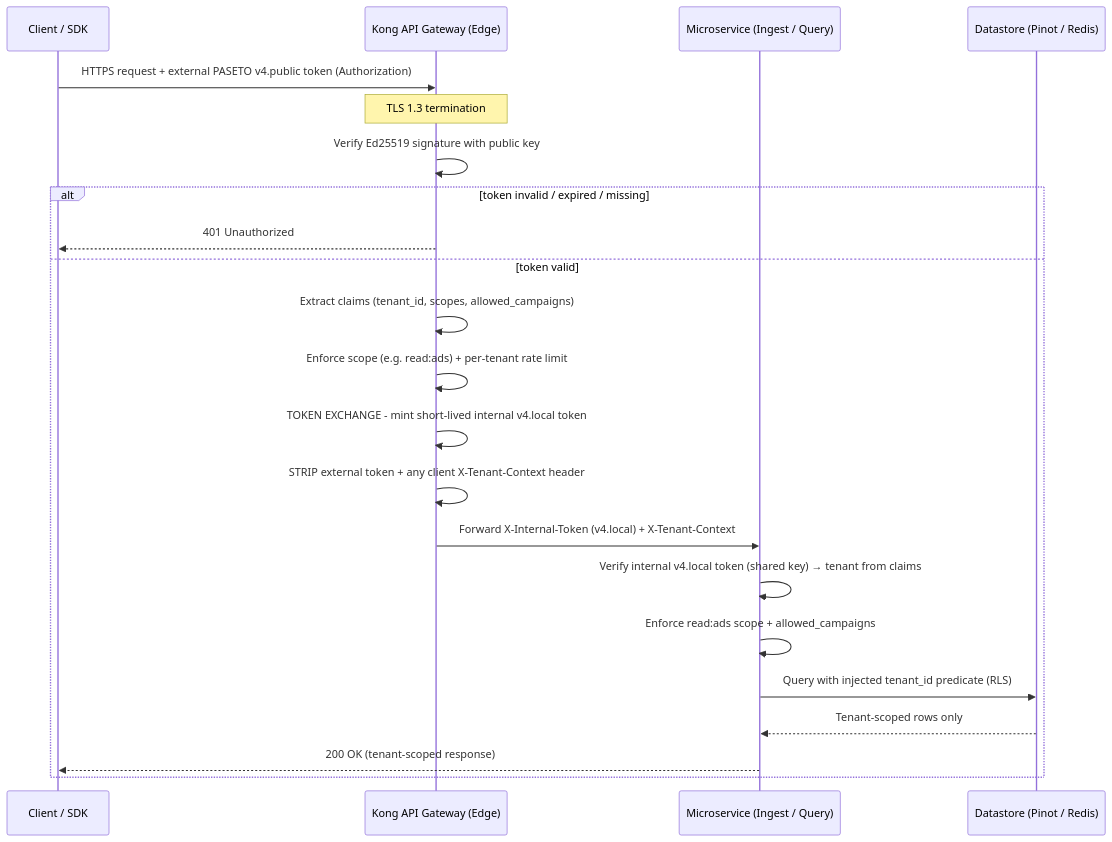
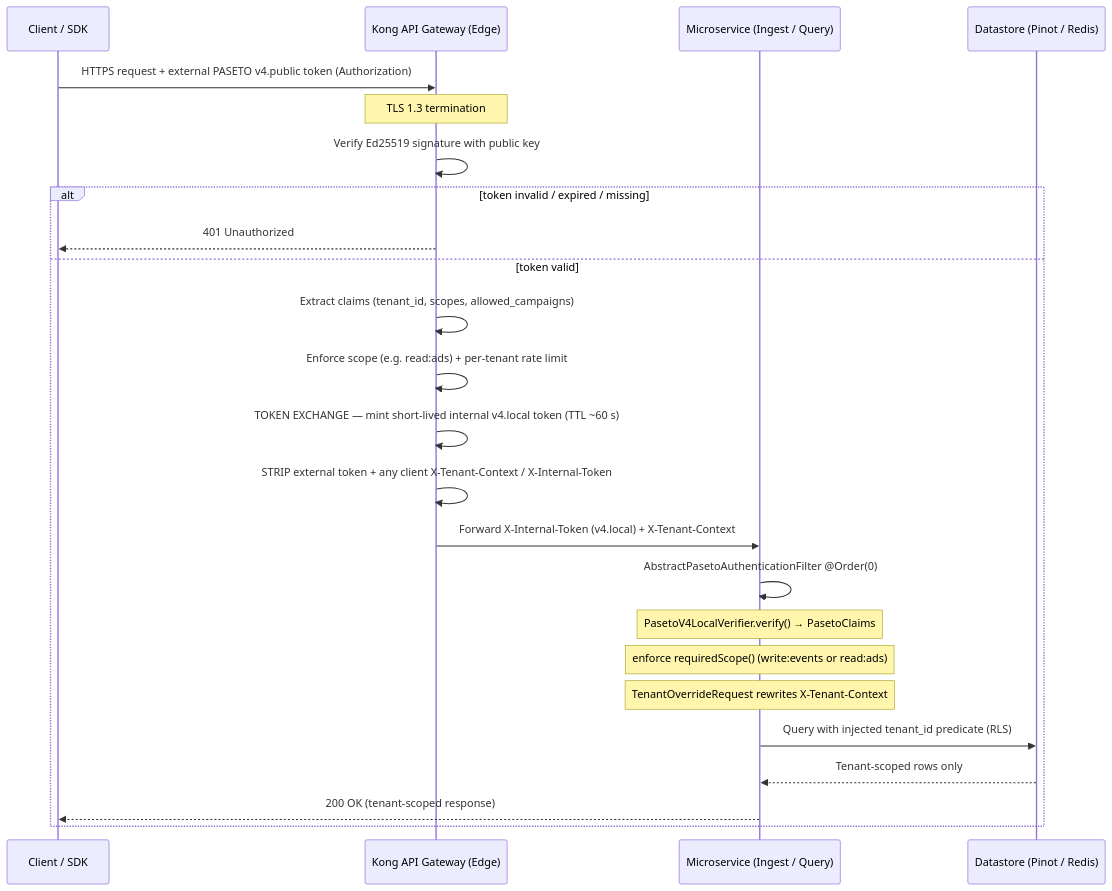
One commit to gauravkumarsoftwares/media-pulse-iq changed the diagram in docs/AUTHENTICATION.md. Above: the diagram before and after it, drawn with Mermaid. The commit also changed other lines of this file and 94 other files, not shown here.

````diff
--- a/docs/AUTHENTICATION.md
+++ b/docs/AUTHENTICATION.md
@@ -119,25 +121,27 @@
 ```mermaid
 sequenceDiagram
     participant C as Client / SDK
     participant K as Kong API Gateway (Edge)
     participant S as Microservice (Ingest / Query)
     participant D as Datastore (Pinot / Redis)
 
     C->>K: HTTPS request + external PASETO v4.public token (Authorization)
     Note over K: TLS 1.3 termination
     K->>K: Verify Ed25519 signature with public key
     alt token invalid / expired / missing
         K-->>C: 401 Unauthorized
     else token valid
         K->>K: Extract claims (tenant_id, scopes, allowed_campaigns)
         K->>K: Enforce scope (e.g. read:ads) + per-tenant rate limit
-        K->>K: TOKEN EXCHANGE - mint short-lived internal v4.local token
-        K->>K: STRIP external token + any client X-Tenant-Context header
+        K->>K: TOKEN EXCHANGE — mint short-lived internal v4.local token (TTL ~60 s)
+        K->>K: STRIP external token + any client X-Tenant-Context / X-Internal-Token
         K->>S: Forward X-Internal-Token (v4.local) + X-Tenant-Context
-        S->>S: Verify internal v4.local token (shared key) → tenant from claims
-        S->>S: Enforce read:ads scope + allowed_campaigns
+        S->>S: AbstractPasetoAuthenticationFilter @Order(0)
+        Note over S: PasetoV4LocalVerifier.verify() → PasetoClaims
+        Note over S: enforce requiredScope() (write:events or read:ads)
+        Note over S: TenantOverrideRequest rewrites X-Tenant-Context
         S->>D: Query with injected tenant_id predicate (RLS)
         D-->>S: Tenant-scoped rows only
         S-->>C: 200 OK (tenant-scoped response)
     end
 ```
````
